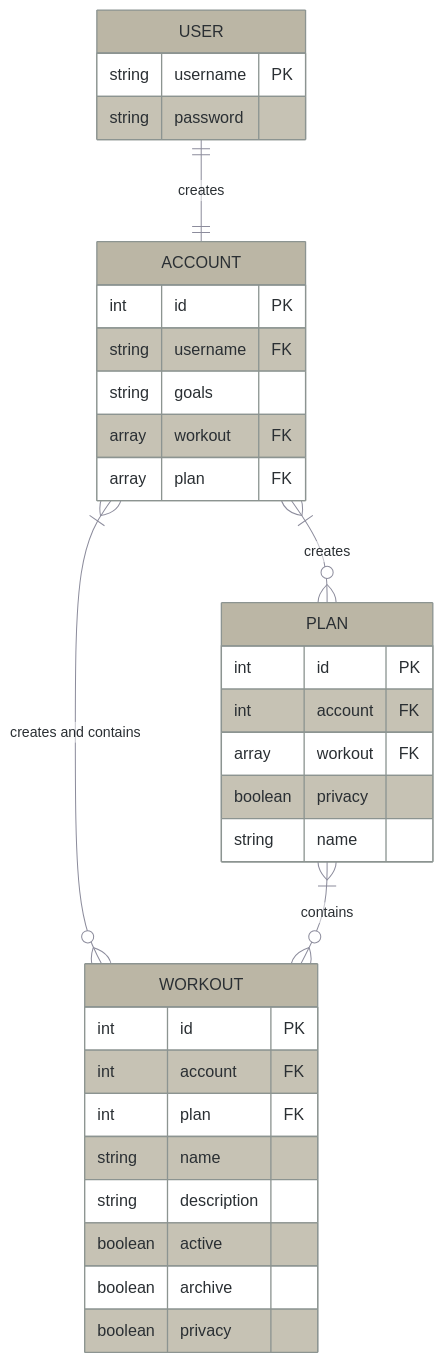
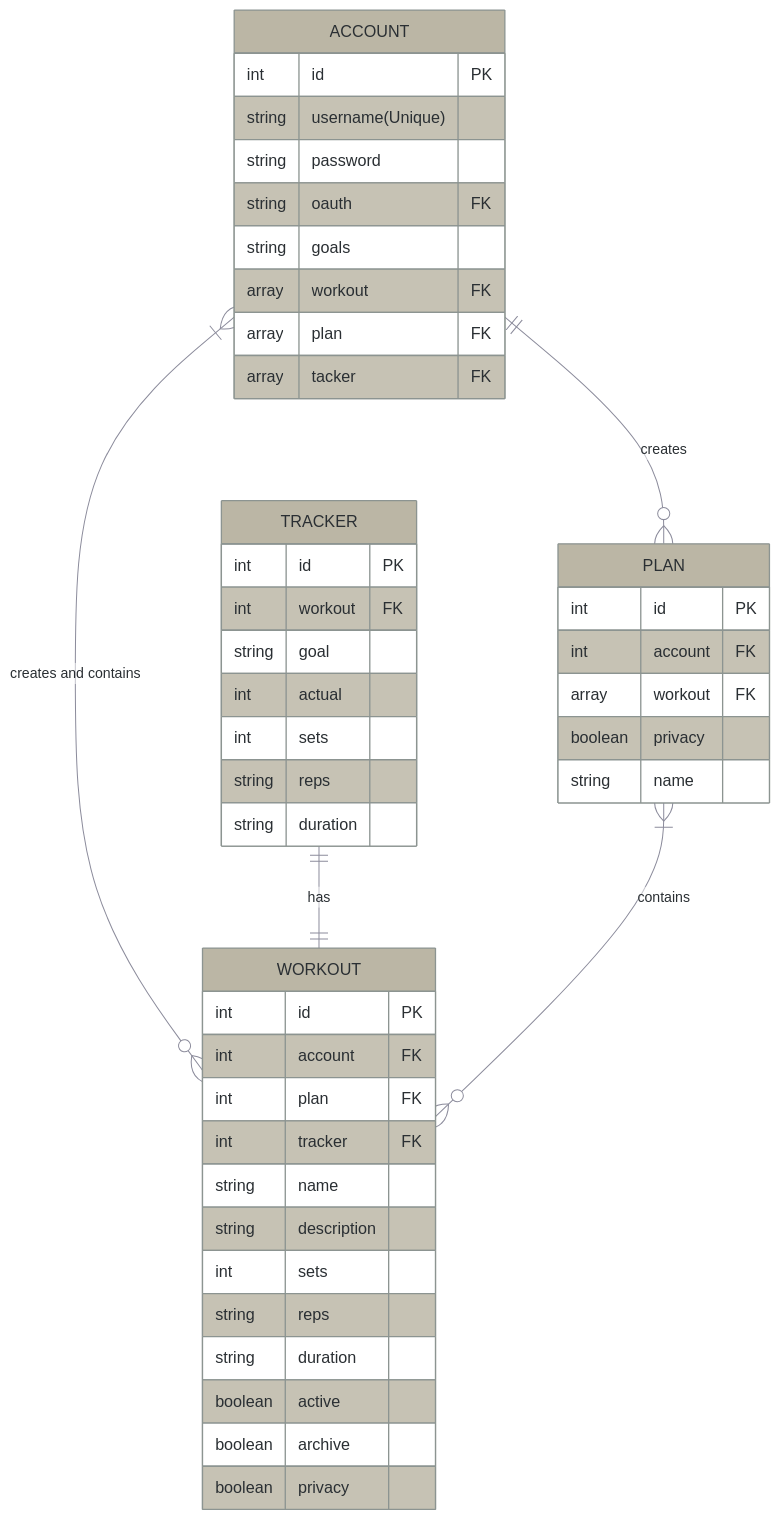
Before and after one commit to EfrainAD/Workout-App: the diagram in ERD.md, drawn with Mermaid. The commit also changed 1 other file, not shown here.

````diff
--- a/ERD.md
+++ b/ERD.md
@@ -3,49 +3,62 @@
 ```mermaid
 %%{ 
 	init: {
 		'theme': 'base',
 		'themeVariables': {
 			'primaryColor': '#BBB6A5',
 			'primaryTextColor': '#2A2F33',
 			'primaryBorderColor': '#8C9491',
 			'lineColor': '#8C8C9C',
 			'secondaryColor': '#8C9491',
 			'tertiaryColor': '#fff'
 		}
 	}
 }%%
 erDiagram
-    USER ||--|| ACCOUNT : creates
-    USER {
-	    string username PK
-	    string password
-    }
-    ACCOUNT }|--o{ PLAN : creates
+    ACCOUNT ||--o{ PLAN : creates
     ACCOUNT }|--o{ WORKOUT : "creates and contains"
     ACCOUNT {
 	    int id PK
-	    string username FK
+	    string username(Unique)
+		string password 
+		string oauth FK
 	    string goals
 	    array workout FK
 	    array plan FK
+		array tacker FK
     }
+	TRACKER ||--|| WORKOUT : has
+	TRACKER {
+		int id PK
+		int workout FK
+		string goal
+		int actual
+		int sets
+		string reps
+		string duration
+	}
     PLAN }|--o{ WORKOUT : contains
     PLAN {
 	    int id PK
 	    int account FK
 	    array workout FK
 	    boolean privacy
 	    string name
 	}
     WORKOUT {
 	    int id PK
 	    int account FK
 	    int plan FK
-	    string name
+		int tracker FK
+	    string name 
 	    string description
+		int sets
+		string reps
+		string duration
 	    boolean active
         boolean archive
 	    boolean privacy
+	
     }
 
 ```
````
